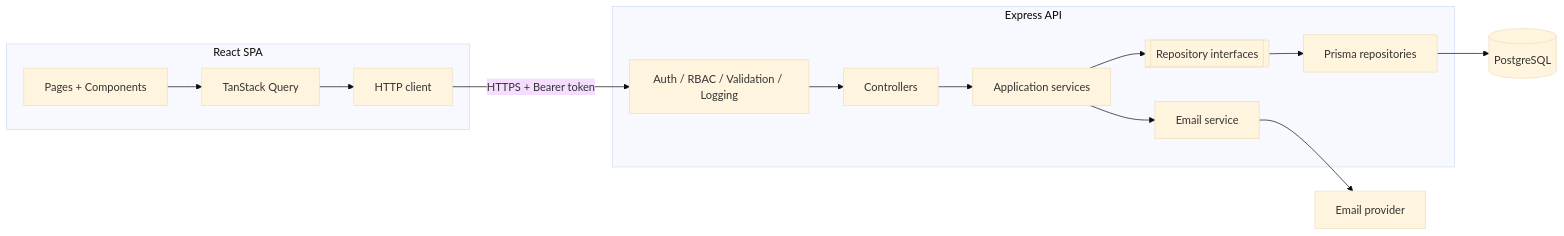
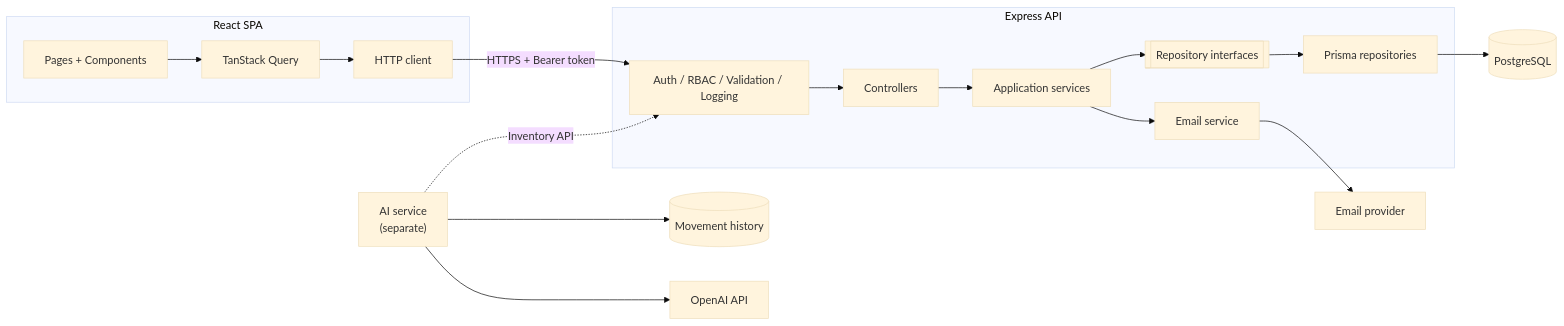
Before and after one commit to agustinalanis/inventorysystem-case-study: the first of 5 diagrams in README.md, drawn with Mermaid (base theme). The commit also changed other lines of this file, not shown here.

````diff
--- a/README.md
+++ b/README.md
@@ -76,17 +80,20 @@
 ```mermaid
 flowchart LR
   subgraph Client["React SPA"]
     UI[Pages + Components] --> RQ[TanStack Query]
     RQ --> API[HTTP client]
   end
   API -->|HTTPS + Bearer token| MW
   subgraph Backend["Express API"]
     MW[Auth / RBAC / Validation / Logging] --> CTRL[Controllers]
     CTRL --> SVC[Application services]
     SVC --> PORT[[Repository interfaces]]
     PORT --> REPO[Prisma repositories]
     SVC --> MAIL[Email service]
   end
   REPO --> DB[(PostgreSQL)]
   MAIL --> PROVIDER[Email provider]
+  AI["AI service<br/>(separate)"] -. Inventory API .-> MW
+  AI --> HIST[(Movement history)]
+  AI --> LLM[OpenAI API]
 ```
````
